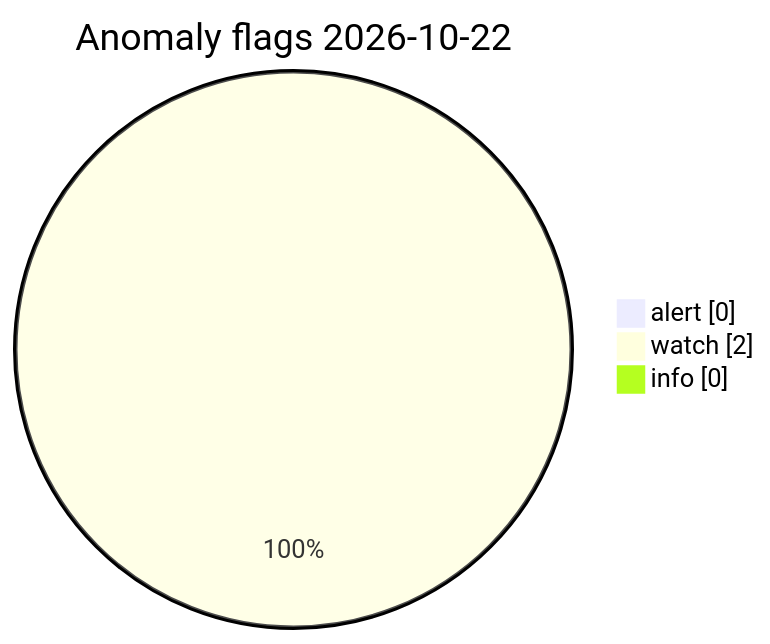
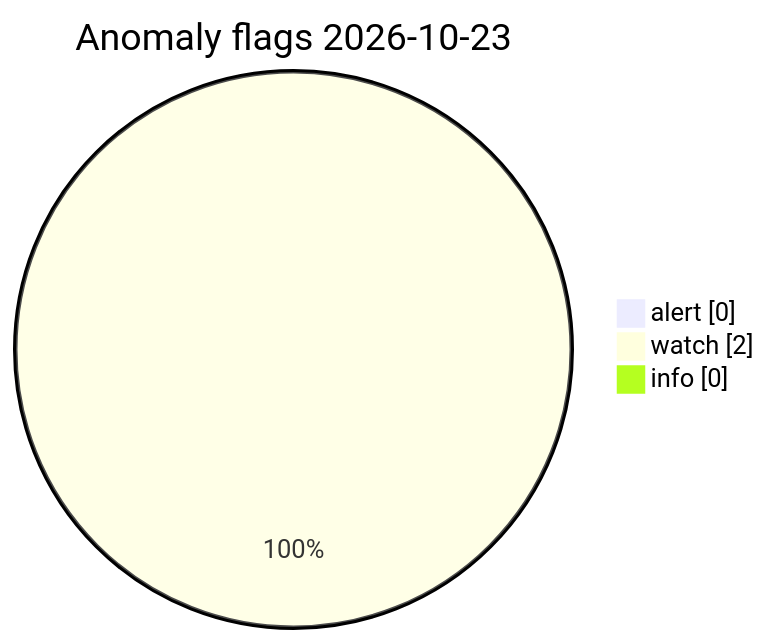
One commit to Midwest-Stratospheric/Unified-Open-Global-Weather changed the diagram in visuals/latest/CHARTS.md. Above: the diagram before and after it, drawn with Mermaid. The commit also changed other lines of this file and 23 other files, not shown here.

Commit message:
data(visuals): automated charts 2026-10-23T09:40Z

````diff
--- a/visuals/latest/CHARTS.md
+++ b/visuals/latest/CHARTS.md
@@ -73,7 +73,7 @@
 ```mermaid
 pie showData
-  title Anomaly flags 2026-10-22
+  title Anomaly flags 2026-10-23
   "alert" : 0
   "watch" : 2
   "info" : 0
 ```
````
